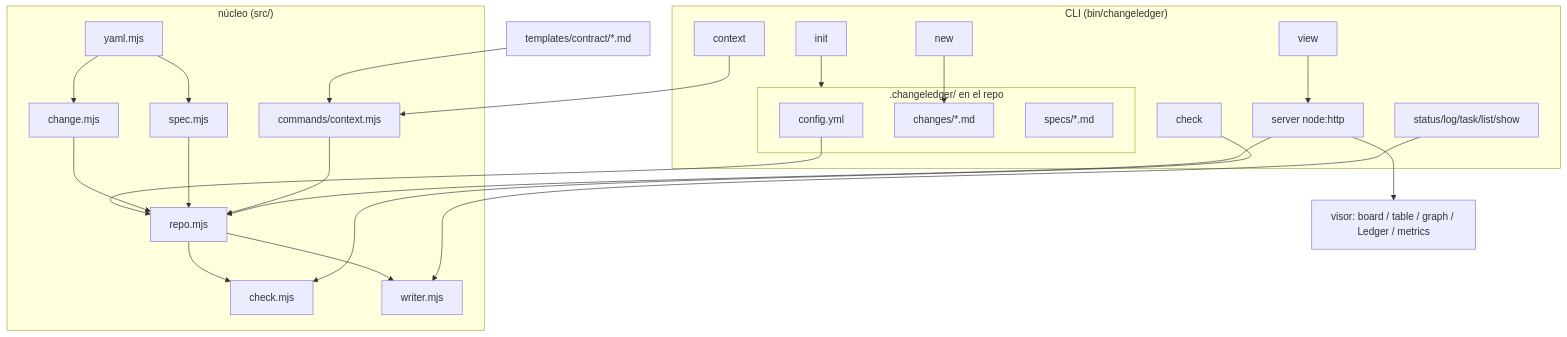
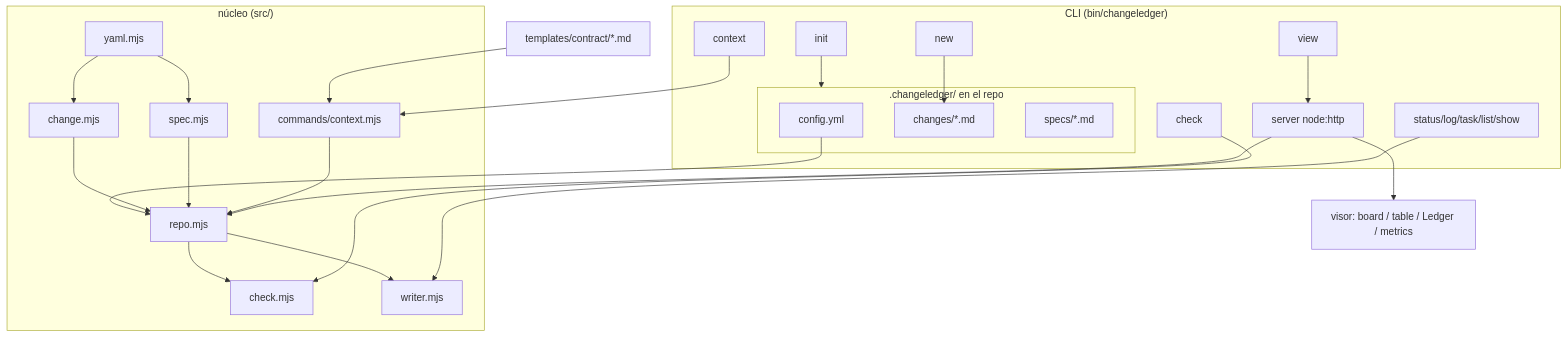
The diagram in .changeledger-state/specs/architecture.md (rarc88/changeledger), drawn with Mermaid before and after one commit.

Commit message:
edit: spec architecture.md

````diff
--- a/.changeledger-state/specs/architecture.md
+++ b/.changeledger-state/specs/architecture.md
@@ -16,29 +16,29 @@
 ```mermaid
 flowchart TD
   subgraph repo[".changeledger/ en el repo"]
     CFG[config.yml]
     CH[changes/*.md]
     SP[specs/*.md]
   end
   subgraph core["núcleo (src/)"]
     YAML[yaml.mjs] --> CHANGE[change.mjs]
     YAML --> SPEC[spec.mjs]
     CFG --> REPO[repo.mjs]
     CHANGE --> REPO
     SPEC --> REPO
     REPO --> CHECK[check.mjs]
     REPO --> WRITER[writer.mjs]
     CT[commands/context.mjs] --> REPO
   end
   FRAG[templates/contract/*.md] --> CT
   subgraph cli["CLI (bin/changeledger)"]
     INIT[init] --> repo
     NEW[new] --> CH
     CHECKC[check] --> CHECK
     CONTEXT[context] --> CT
     AGENT[status/log/task/list/show] --> WRITER
     VIEW[view] --> SRV
   end
   SRV[server node:http] --> REPO
-  SRV --> UI[visor: board / table / graph / Ledger / metrics]
+  SRV --> UI[visor: board / table / Ledger / metrics]
 ```
````
